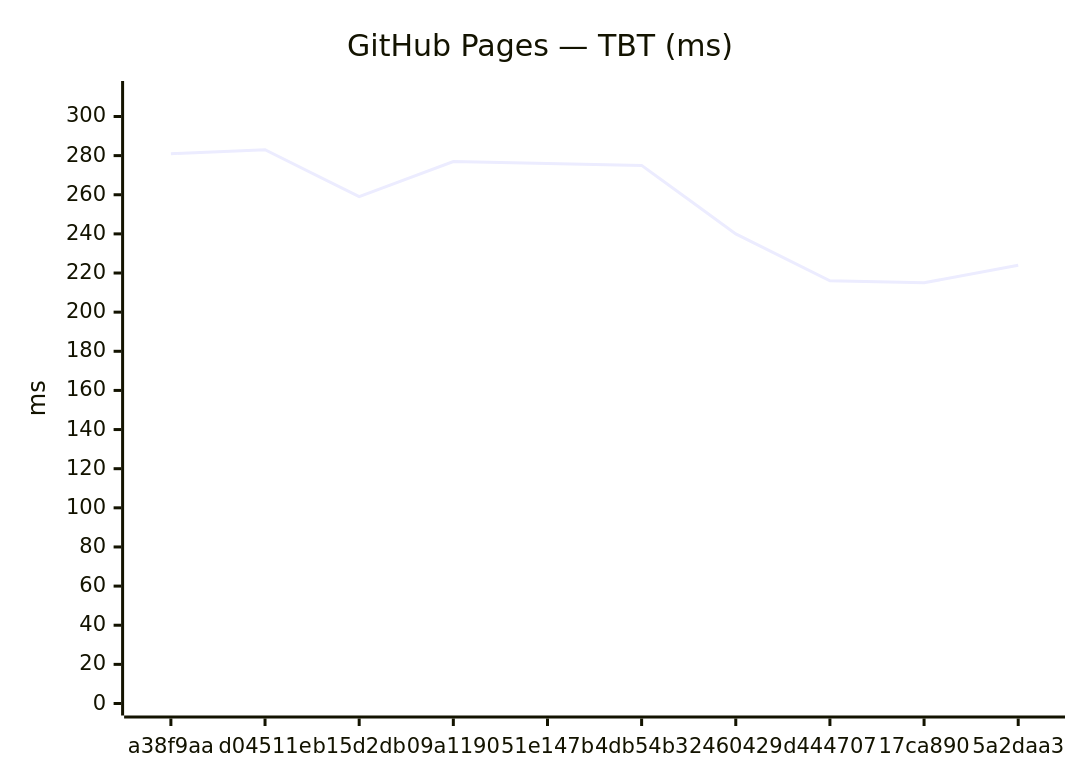
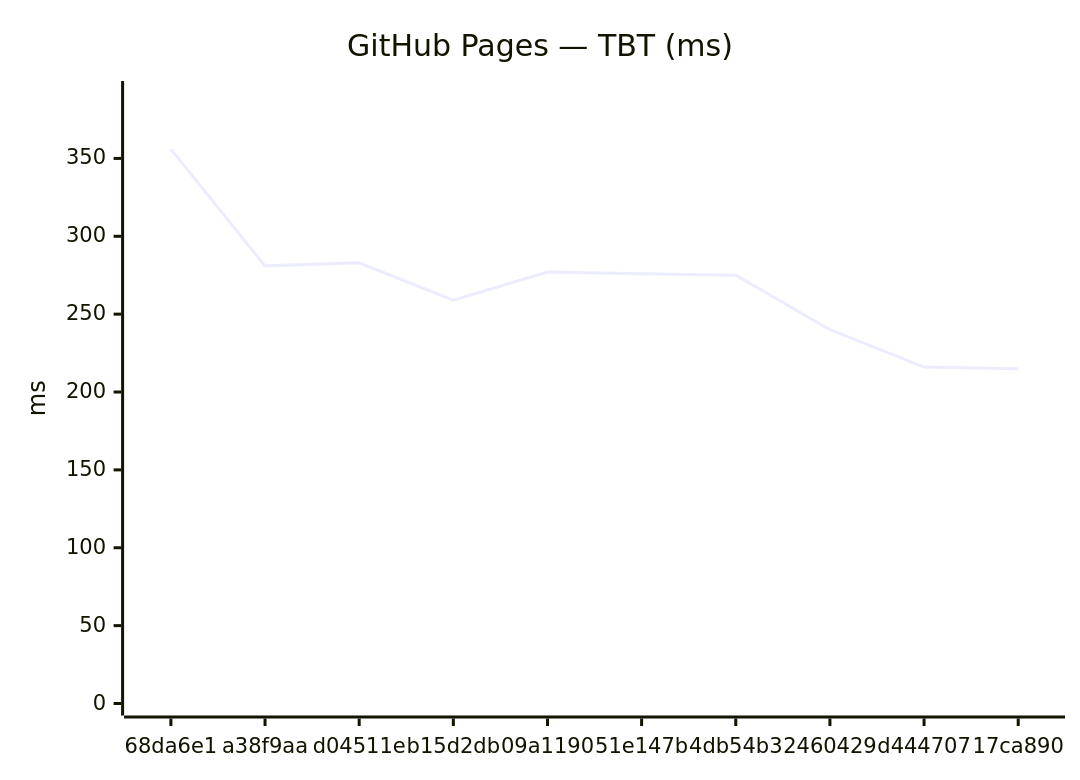
One commit to Metaheurist/Rianell changed the fourth of 18 diagrams in benchmarks/compare.md. Above: the diagram before and after it, drawn with Mermaid. The commit also changed other lines of this file and 11 other files, not shown here.

````diff
--- a/benchmarks/compare.md
+++ b/benchmarks/compare.md
@@ -61,7 +61,7 @@
 ```mermaid
 xychart-beta
     title "GitHub Pages — TBT (ms)"
-    x-axis ["a38f9aa", "d04511e", "b15d2db", "09a1190", "51e147b", "4db54b3", "2460429", "d444707", "17ca890", "5a2daa3"]
-    y-axis "ms" 0 --> 312
-    line [281, 283, 259, 277, 276, 275, 240, 216, 215, 224]
+    x-axis ["68da6e1", "a38f9aa", "d04511e", "b15d2db", "09a1190", "51e147b", "4db54b3", "2460429", "d444707", "17ca890"]
+    y-axis "ms" 0 --> 392
+    line [356, 281, 283, 259, 277, 276, 275, 240, 216, 215]
 ```
````
